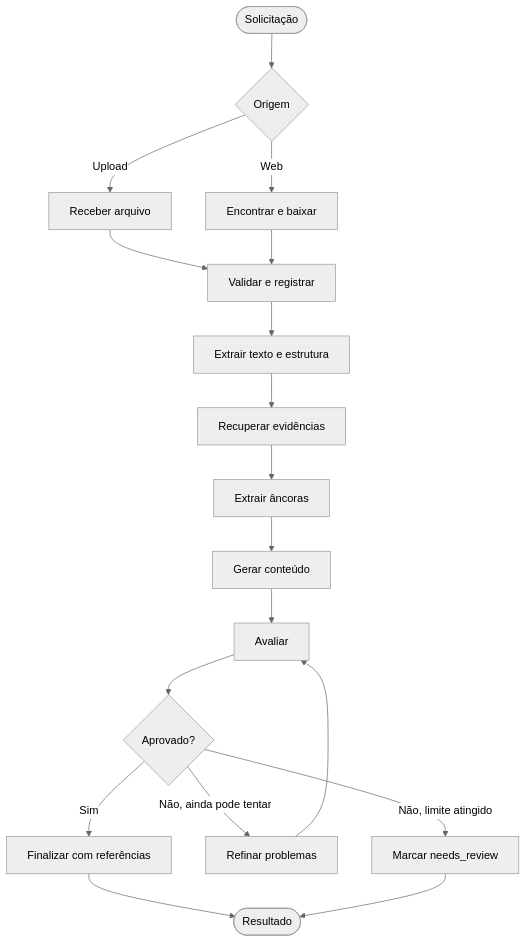
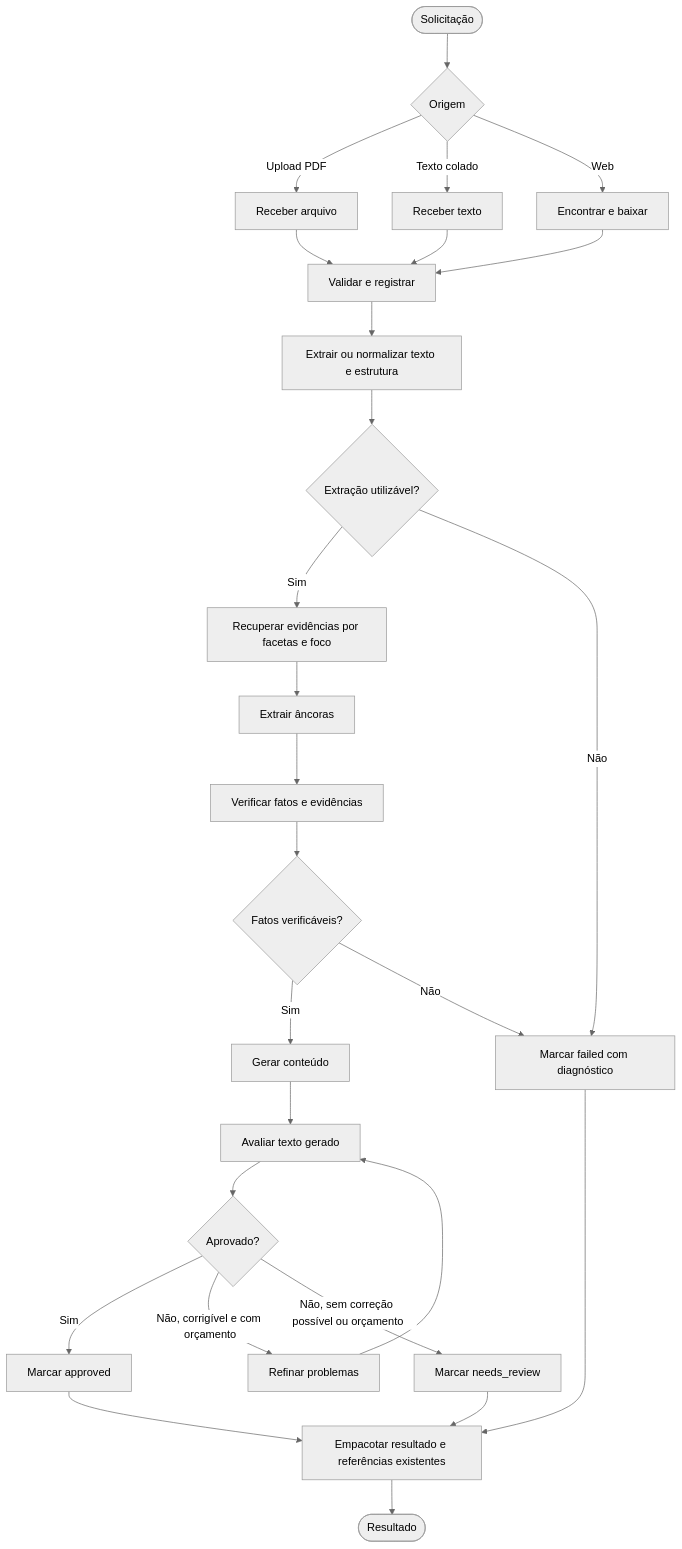
One commit to viniciuscbonani/Projeto-Suno-Asset changed the second of 3 diagrams in docs/project.md. Above: the diagram before and after it, drawn with Mermaid (neutral theme). The commit also changed other lines of this file and 140 other files, not shown here.

````diff
--- a/docs/project.md
+++ b/docs/project.md
@@ -242,20 +246,29 @@
 ```mermaid
 flowchart TD
     START([Solicitação]) --> SOURCE{Origem}
-    SOURCE -->|Upload| UPLOAD[Receber arquivo]
+    SOURCE -->|Upload PDF| UPLOAD[Receber arquivo]
+    SOURCE -->|Texto colado| PASTE[Receber texto]
     SOURCE -->|Web| WEB[Encontrar e baixar]
     UPLOAD --> INGEST[Validar e registrar]
+    PASTE --> INGEST
     WEB --> INGEST
-    INGEST --> PARSE[Extrair texto e estrutura]
-    PARSE --> RETRIEVE[Recuperar evidências]
+    INGEST --> PARSE[Extrair ou normalizar texto e estrutura]
+    PARSE --> CHECK{Extração utilizável?}
+    CHECK -->|Sim| RETRIEVE[Recuperar evidências por facetas e foco]
+    CHECK -->|Não| FAILED[Marcar failed com diagnóstico]
     RETRIEVE --> ANCHORS[Extrair âncoras]
-    ANCHORS --> GENERATE[Gerar conteúdo]
-    GENERATE --> EVALUATE[Avaliar]
+    ANCHORS --> VERIFY_FACTS[Verificar fatos e evidências]
+    VERIFY_FACTS --> FACTS_OK{Fatos verificáveis?}
+    FACTS_OK -->|Sim| GENERATE[Gerar conteúdo]
+    FACTS_OK -->|Não| FAILED
+    GENERATE --> EVALUATE[Avaliar texto gerado]
     EVALUATE --> DECISION{Aprovado?}
-    DECISION -->|Sim| FINALIZE[Finalizar com referências]
-    DECISION -->|Não, ainda pode tentar| REFINE[Refinar problemas]
+    DECISION -->|Sim| APPROVED[Marcar approved]
+    DECISION -->|Não, corrigível e com orçamento| REFINE[Refinar problemas]
     REFINE --> EVALUATE
-    DECISION -->|Não, limite atingido| REVIEW[Marcar needs_review]
+    DECISION -->|Não, sem correção possível ou orçamento| REVIEW[Marcar needs_review]
+    APPROVED --> FINALIZE[Empacotar resultado e referências existentes]
+    REVIEW --> FINALIZE
+    FAILED --> FINALIZE
     FINALIZE --> END([Resultado])
-    REVIEW --> END
 ```
````
